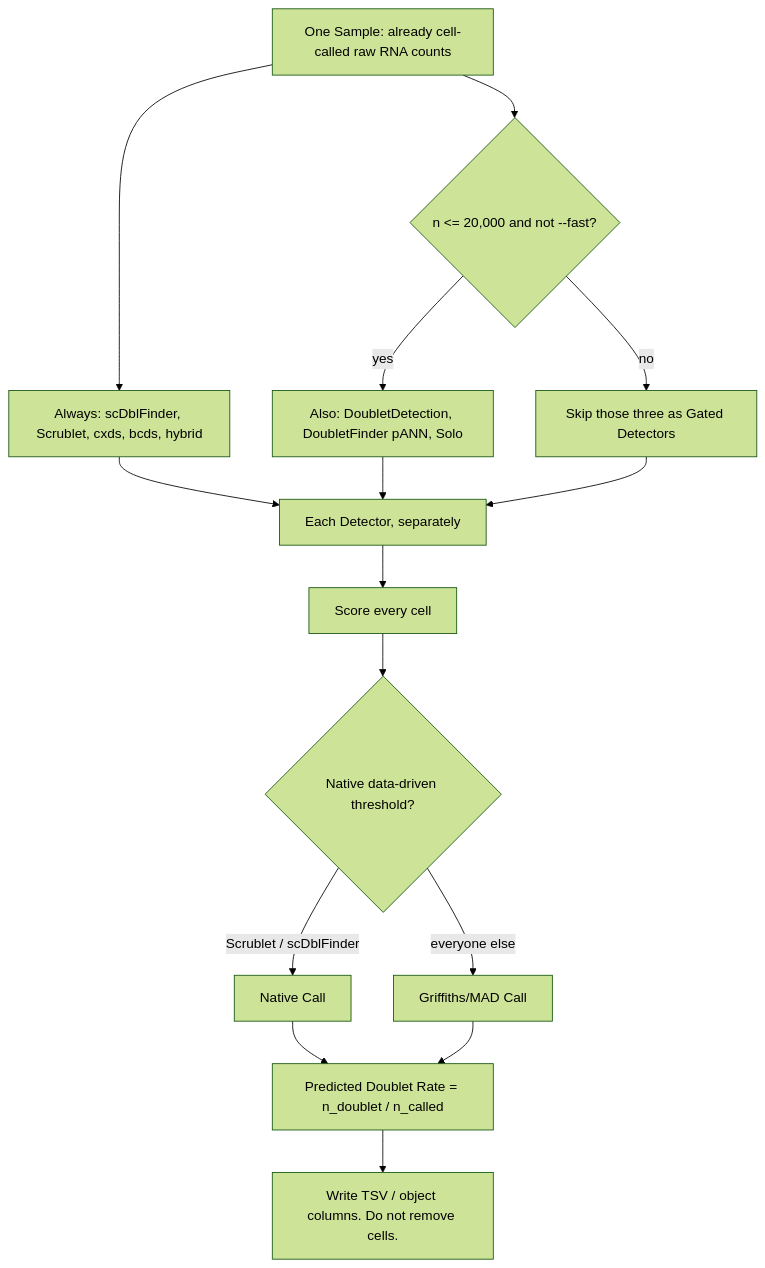
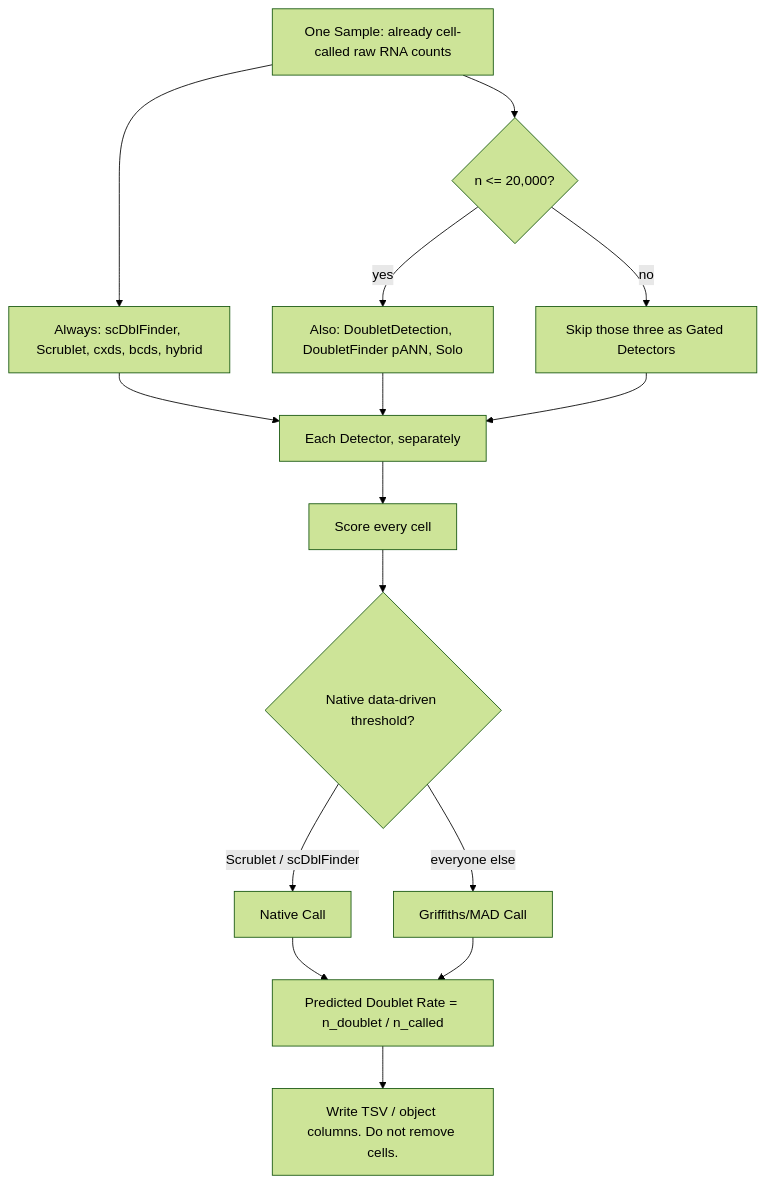
The diagram in README.md (bio-apple/doublet), drawn with Mermaid (forest theme) before and after one commit. The commit also changed other lines of this file and 13 other files, not shown here.

````diff
--- a/README.md
+++ b/README.md
@@ -9,18 +9,18 @@
 ```mermaid
 flowchart TD
   S["One Sample: already cell-called raw RNA counts"]
   S --> A["Always: scDblFinder, Scrublet, cxds, bcds, hybrid"]
-  S --> Q{"n <= 20,000 and not --fast?"}
+  S --> Q{"n <= 20,000?"}
   Q -->|yes| B["Also: DoubletDetection, DoubletFinder pANN, Solo"]
   Q -->|no| K["Skip those three as Gated Detectors"]
   A --> P["Each Detector, separately"]
   B --> P
   K --> P
   P --> SC["Score every cell"]
   SC --> C{"Native data-driven threshold?"}
   C -->|Scrublet / scDblFinder| NC["Native Call"]
   C -->|everyone else| MC["Griffiths/MAD Call"]
   NC --> R["Predicted Doublet Rate = n_doublet / n_called"]
   MC --> R
   R --> O["Write TSV / object columns. Do not remove cells."]
 ```
````
